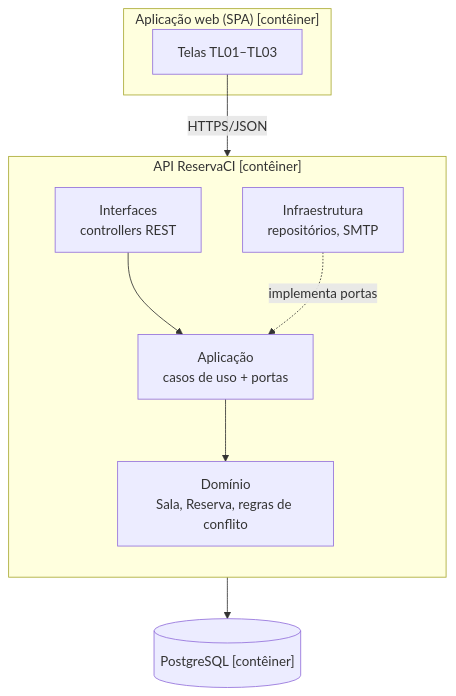
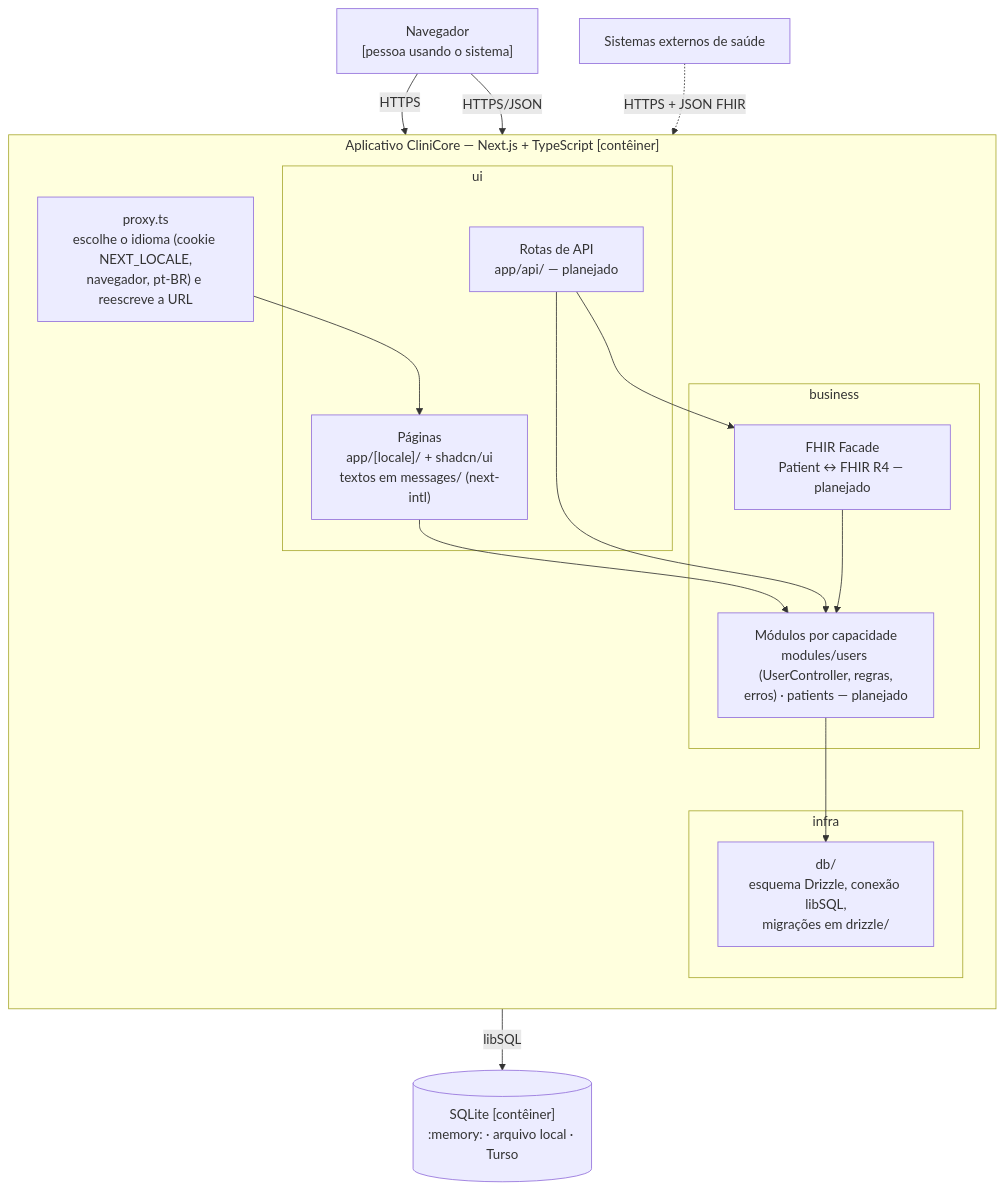
Before and after one commit to beatrizmontenegro07/projeto-metodos: the second of 4 diagrams in docs/07-arquitetura/README.md, drawn with Mermaid. The commit also changed other lines of this file, not shown here.

First line of the commit message:
docs(arquitetura): describe CliniCore logical and physical architecture

````diff
--- a/docs/07-arquitetura/README.md
+++ b/docs/07-arquitetura/README.md
@@ -28,19 +31,35 @@
 ```mermaid
 flowchart TB
-    subgraph web["Aplicação web (SPA) [contêiner]"]
-        ui["Telas TL01–TL03"]
+    navegador["Navegador<br/>[pessoa usando o sistema]"]
+
+    subgraph app["Aplicativo CliniCore — Next.js + TypeScript [contêiner]"]
+        direction TB
+        proxy["proxy.ts<br/>escolhe o idioma (cookie NEXT_LOCALE,<br/>navegador, pt-BR) e reescreve a URL"]
+        subgraph ui["ui"]
+            paginas["Páginas<br/>app/[locale]/ + shadcn/ui<br/>textos em messages/ (next-intl)"]
+            api["Rotas de API<br/>app/api/ — planejado"]
+        end
+        subgraph business["business"]
+            modulos["Módulos por capacidade<br/>modules/users (UserController, regras,<br/>erros) · patients — planejado"]
+            fhirFacade["FHIR Facade<br/>Patient ↔ FHIR R4 — planejado"]
+        end
+        subgraph infra["infra"]
+            db["db/<br/>esquema Drizzle, conexão libSQL,<br/>migrações em drizzle/"]
+        end
+
+        proxy --> paginas
+        paginas --> modulos
+        api --> modulos
+        api --> fhirFacade
+        fhirFacade --> modulos
+        modulos --> db
     end
-    subgraph api["API ReservaCI [contêiner]"]
-        direction TB
-        interfaces["Interfaces<br/>controllers REST"]
-        aplicacao["Aplicação<br/>casos de uso + portas"]
-        dominio["Domínio<br/>Sala, Reserva, regras de conflito"]
-        infra["Infraestrutura<br/>repositórios, SMTP"]
-        interfaces --> aplicacao --> dominio
-        infra -.->|implementa portas| aplicacao
-    end
-    db[("PostgreSQL [contêiner]")]
 
-    ui -->|HTTPS/JSON| interfaces
-    infra --> db
+    banco[("SQLite [contêiner]<br/>:memory: · arquivo local · Turso")]
+    externos["Sistemas externos de saúde"]
+
+    navegador -->|HTTPS| proxy
+    navegador -->|HTTPS/JSON| api
+    db -->|libSQL| banco
+    externos -.->|HTTPS + JSON FHIR| api
 ```
````
